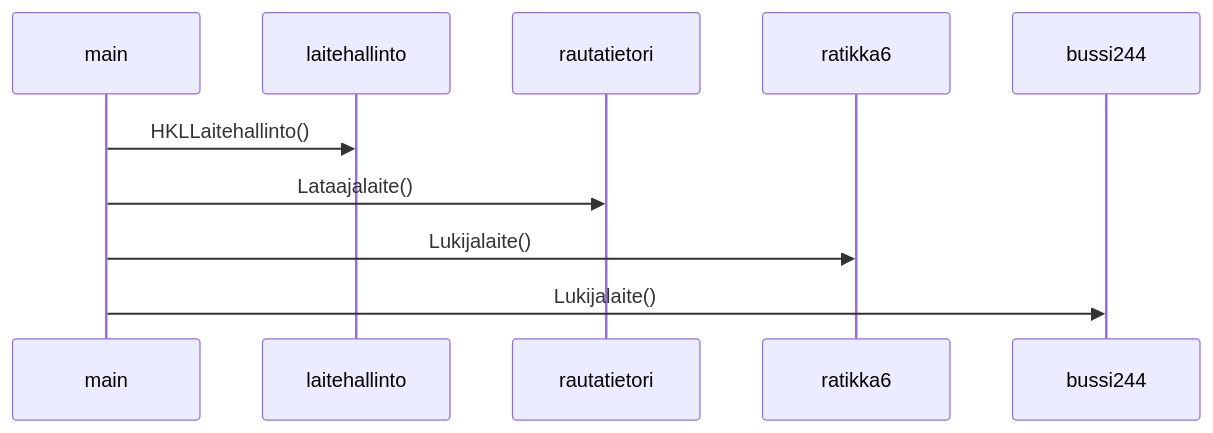
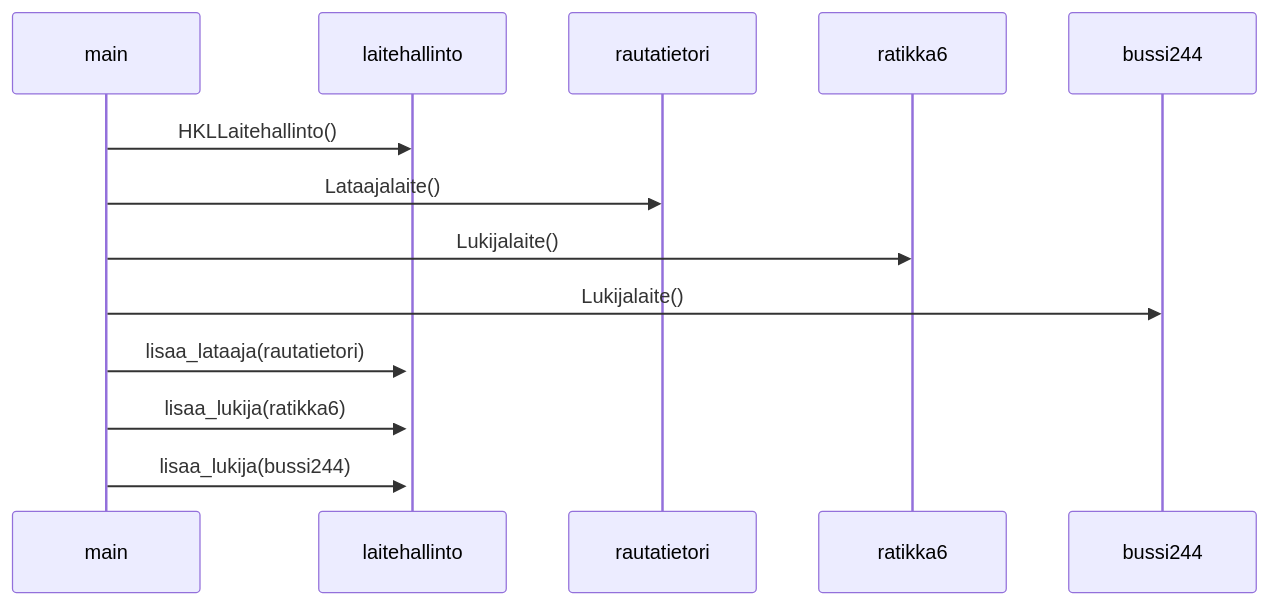
Before and after one commit to lenbie/Expense-Tracker-Project: the diagram in laskarit/viikko3/task4.md, drawn with Mermaid.

````diff
--- a/laskarit/viikko3/task4.md
+++ b/laskarit/viikko3/task4.md
@@ -1,7 +1,10 @@
 ```mermaid
   sequenceDiagram
   main->>laitehallinto: HKLLaitehallinto()
   main->>rautatietori: Lataajalaite()
   main->>ratikka6: Lukijalaite()
   main->>bussi244: Lukijalaite()
+  main->>+laitehallinto: lisaa_lataaja(rautatietori)
+  main->>+laitehallinto: lisaa_lukija(ratikka6)
+  main->>+laitehallinto: lisaa_lukija(bussi244)
 ```
````
